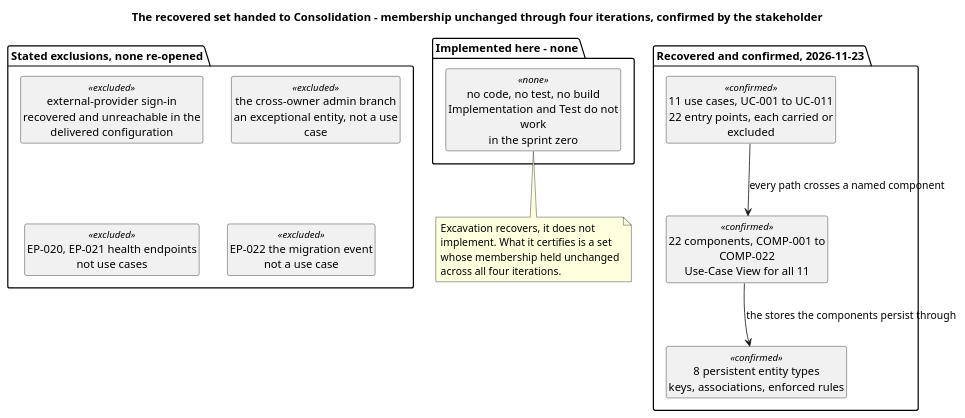
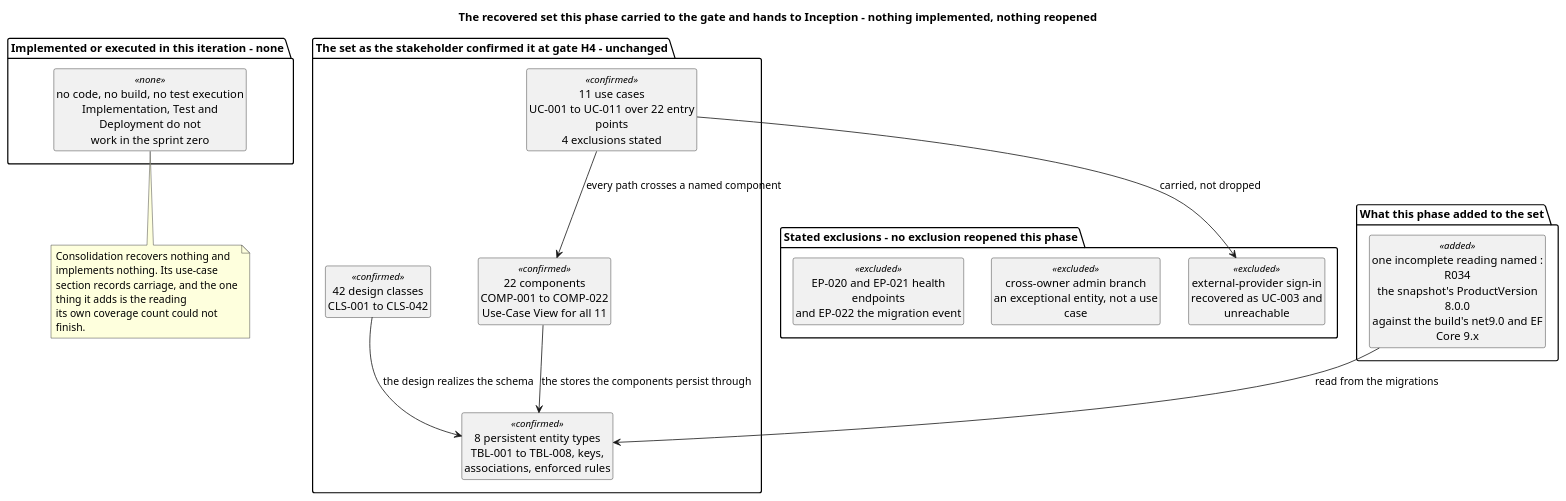
One commit to banense-test/TodoApp changed the third of 7 diagrams in docs/artifacts/project-management/iteration-assessment.md. Above: the diagram before and after it, drawn with PlantUML. The commit also changed other lines of this file, not shown here.

First line of the commit message:
Project Manager [Consolidation1]: upsert Iteration Assessment

````diff
--- a/docs/artifacts/project-management/iteration-assessment.md
+++ b/docs/artifacts/project-management/iteration-assessment.md
@@ -135,30 +185,41 @@
 ```plantuml
 @startuml
-title The recovered set handed to Consolidation - membership unchanged through four iterations, confirmed by the stakeholder
+title The recovered set this phase carried to the gate and hands to Inception - nothing implemented, nothing reopened
 skinparam shadowing false
 skinparam wrapWidth 235
 hide circle
 hide empty members
 
-package "Recovered and confirmed, 2026-11-23" {
-  class "11 use cases, UC-001 to UC-011\n22 entry points, each carried or excluded" as UC <<confirmed>>
-  class "22 components, COMP-001 to COMP-022\nUse-Case View for all 11" as COMP <<confirmed>>
-  class "8 persistent entity types\nkeys, associations, enforced rules" as TBL <<confirmed>>
+package "The set as the stakeholder confirmed it at gate H4 - unchanged" {
+  class "11 use cases\nUC-001 to UC-011 over 22 entry points\n4 exclusions stated" as UC <<confirmed>>
+  class "22 components\nCOMP-001 to COMP-022\nUse-Case View for all 11" as COMP <<confirmed>>
+  class "8 persistent entity types\nTBL-001 to TBL-008, keys,\nassociations, enforced rules" as TBL <<confirmed>>
+  class "42 design classes\nCLS-001 to CLS-042" as CLS <<confirmed>>
 }
-package "Stated exclusions, none re-opened" {
-  class "external-provider sign-in\nrecovered and unreachable in the delivered configuration" as X1 <<excluded>>
-  class "the cross-owner admin branch\nan exceptional entity, not a use case" as X2 <<excluded>>
-  class "EP-020, EP-021 health endpoints\nnot use cases" as X3 <<excluded>>
-  class "EP-022 the migration event\nnot a use case" as X4 <<excluded>>
+
+package "Stated exclusions - no exclusion reopened this phase" {
+  class "external-provider sign-in\nrecovered as UC-003 and unreachable" as X1 <<excluded>>
+  class "cross-owner admin branch\nan exceptional entity, not a use case" as X2 <<excluded>>
+  class "EP-020 and EP-021 health endpoints\nand EP-022 the migration event" as X3 <<excluded>>
 }
-package "Implemented here - none" {
-  class "no code, no test, no build\nImplementation and Test do not work\nin the sprint zero" as N <<none>>
+
+package "Implemented or executed in this iteration - none" {
+  class "no code, no build, no test execution\nImplementation, Test and Deployment do not\nwork in the sprint zero" as N <<none>>
 }
+
+package "What this phase added to the set" {
+  class "one incomplete reading named : R034\nthe snapshot's ProductVersion 8.0.0\nagainst the build's net9.0 and EF Core 9.x" as AD <<added>>
+}
+
 UC --> COMP : every path crosses a named component
 COMP --> TBL : the stores the components persist through
+CLS --> TBL : the design realizes the schema
+UC --> X1 : carried, not dropped
+AD --> TBL : read from the migrations
 note bottom of N
-  Excavation recovers, it does not implement. What it certifies is a set
-  whose membership held unchanged across all four iterations.
+  Consolidation recovers nothing and implements nothing. Its use-case
+  section records carriage, and the one thing it adds is the reading
+  its own coverage count could not finish.
 end note
 @enduml
 ```
````
